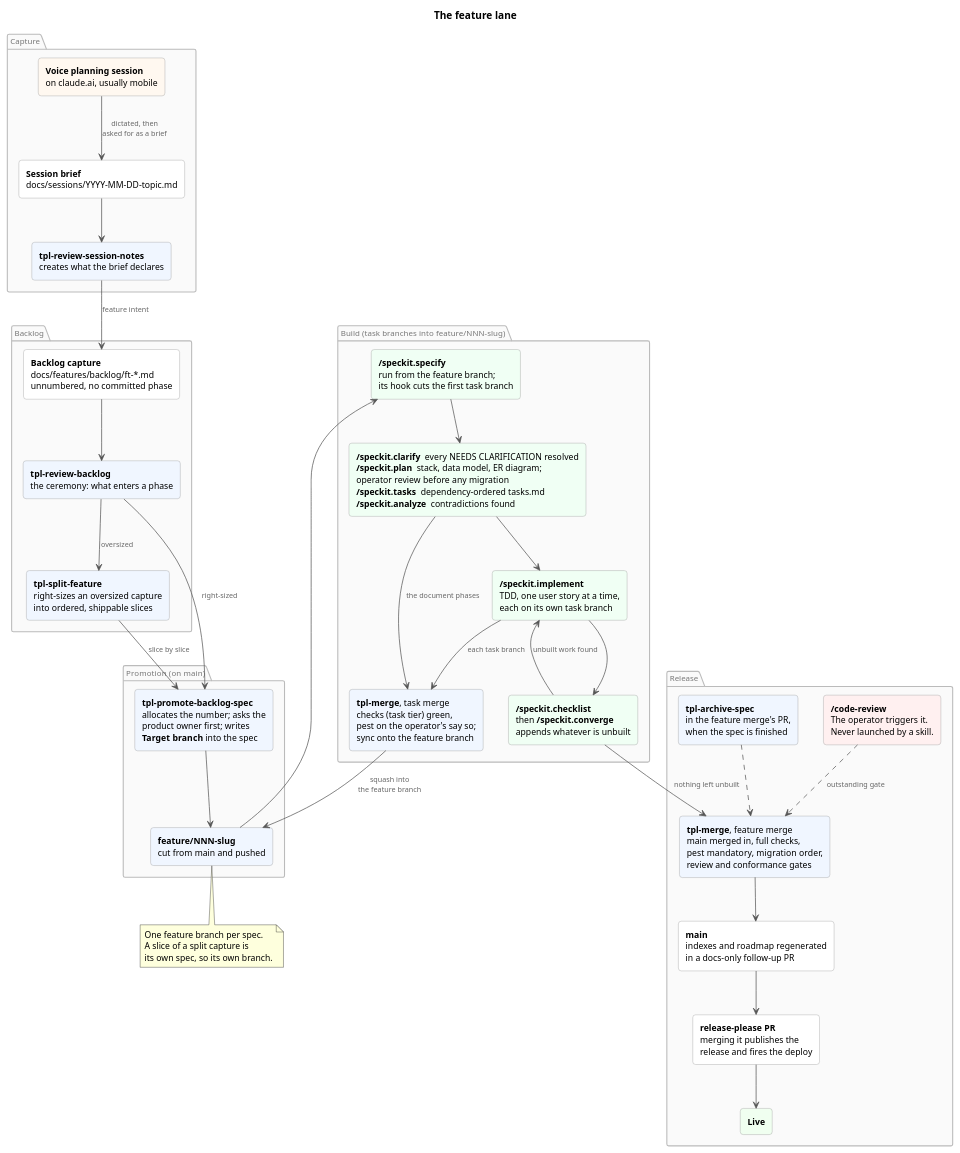
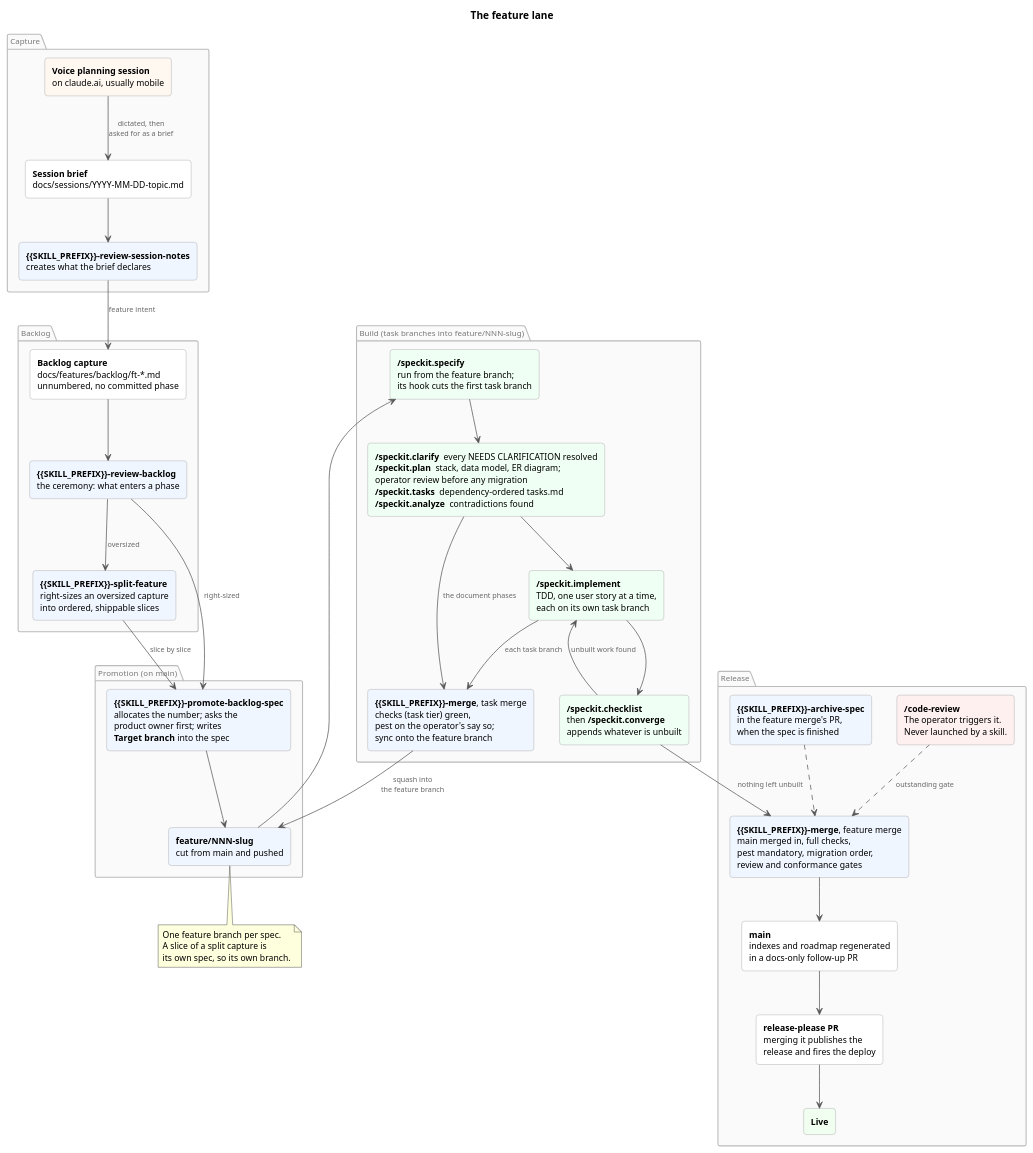
The diagram in docs/development/workflow-feature.puml (AnalysisByDesign/laravel_template), drawn with PlantUML before and after one commit. The commit also changed 97 other files, not shown here.

```diff
--- a/docs/development/workflow-feature.puml
+++ b/docs/development/workflow-feature.puml
@@ -1,101 +1,101 @@
 @startuml workflow-feature
 ' The feature lane: from a spoken idea to a spec live in production.
 '
 ' One of three lane diagrams (feature, work package, fix). The branches
 ' each step works on are in docs/development/branching-model.puml.
 ' The pre-commit hook renders the PNG for any staged .puml automatically;
 ' render the PDF with `plantuml -tpdf docs/development/workflow-feature.puml`.
 '
 ' Scope: the route work takes, not every skill. A skill that runs inside
-' another step (tpl-po-check inside promotion, tpl-session-name inside specify
-' and merge, tpl-prepare-docs-reference inside the merge) is named on the
+' another step ({{SKILL_PREFIX}}-po-check inside promotion, {{SKILL_PREFIX}}-session-name inside specify
+' and merge, {{SKILL_PREFIX}}-prepare-docs-reference inside the merge) is named on the
 ' step that calls it.
 
 title The feature lane
 
 skinparam backgroundColor #FFFFFF
 skinparam shadowing false
 skinparam defaultFontName Helvetica
 skinparam defaultFontSize 12
 skinparam ArrowColor #555555
 skinparam ArrowFontSize 10
 skinparam ArrowFontColor #666666
 
 skinparam rectangle {
   BorderColor #999999
   BackgroundColor #FFFFFF
   FontSize 12
   roundCorner 8
 }
 skinparam package {
   BorderColor #BBBBBB
   BackgroundColor #FAFAFA
   FontColor #777777
   FontSize 11
   FontStyle plain
 }
 
 package "Capture" {
   rectangle "**Voice planning session**\non claude.ai, usually mobile" as session #FFF8F0
   rectangle "**Session brief**\ndocs/sessions/YYYY-MM-DD-topic.md" as brief
-  rectangle "**tpl-review-session-notes**\ncreates what the brief declares" as notes #F0F6FF
+  rectangle "**{{SKILL_PREFIX}}-review-session-notes**\ncreates what the brief declares" as notes #F0F6FF
 }
 
 package "Backlog" {
   rectangle "**Backlog capture**\ndocs/features/backlog/ft-*.md\nunnumbered, no committed phase" as capture
-  rectangle "**tpl-review-backlog**\nthe ceremony: what enters a phase" as ceremony #F0F6FF
-  rectangle "**tpl-split-feature**\nright-sizes an oversized capture\ninto ordered, shippable slices" as split #F0F6FF
+  rectangle "**{{SKILL_PREFIX}}-review-backlog**\nthe ceremony: what enters a phase" as ceremony #F0F6FF
+  rectangle "**{{SKILL_PREFIX}}-split-feature**\nright-sizes an oversized capture\ninto ordered, shippable slices" as split #F0F6FF
 }
 
 package "Promotion  (on main)" {
-  rectangle "**tpl-promote-backlog-spec**\nallocates the number; asks the\nproduct owner first; writes\n**Target branch** into the spec" as promote #F0F6FF
+  rectangle "**{{SKILL_PREFIX}}-promote-backlog-spec**\nallocates the number; asks the\nproduct owner first; writes\n**Target branch** into the spec" as promote #F0F6FF
   rectangle "**feature/NNN-slug**\ncut from main and pushed" as featbranch #F0F6FF
 }
 
 package "Build  (task branches into feature/NNN-slug)" {
   rectangle "**/speckit.specify**\nrun from the feature branch;\nits hook cuts the first task branch" as specify #F0FFF4
   rectangle "**/speckit.clarify**  every NEEDS CLARIFICATION resolved\n**/speckit.plan**  stack, data model, ER diagram;\noperator review before any migration\n**/speckit.tasks**  dependency-ordered tasks.md\n**/speckit.analyze**  contradictions found" as middle #F0FFF4
   rectangle "**/speckit.implement**\nTDD, one user story at a time,\neach on its own task branch" as implement #F0FFF4
   rectangle "**/speckit.checklist**\nthen **/speckit.converge**\nappends whatever is unbuilt" as converge #F0FFF4
-  rectangle "**tpl-merge**, task merge\nchecks (task tier) green,\npest on the operator's say so;\nsync onto the feature branch" as taskmerge #F0F6FF
+  rectangle "**{{SKILL_PREFIX}}-merge**, task merge\nchecks (task tier) green,\npest on the operator's say so;\nsync onto the feature branch" as taskmerge #F0F6FF
 }
 
 package "Release" {
-  rectangle "**tpl-merge**, feature merge\nmain merged in, full checks,\npest mandatory, migration order,\nreview and conformance gates" as featmerge #F0F6FF
+  rectangle "**{{SKILL_PREFIX}}-merge**, feature merge\nmain merged in, full checks,\npest mandatory, migration order,\nreview and conformance gates" as featmerge #F0F6FF
   rectangle "**/code-review**\nThe operator triggers it.\nNever launched by a skill." as review #FFF0F0
   rectangle "**main**\nindexes and roadmap regenerated\nin a docs-only follow-up PR" as main
   rectangle "**release-please PR**\nmerging it publishes the\nrelease and fires the deploy" as release
   rectangle "**Live**" as live #F0FFF0
-  rectangle "**tpl-archive-spec**\nin the feature merge's PR,\nwhen the spec is finished" as archive #F0F6FF
+  rectangle "**{{SKILL_PREFIX}}-archive-spec**\nin the feature merge's PR,\nwhen the spec is finished" as archive #F0F6FF
 }
 
 session --> brief : dictated, then\nasked for as a brief
 brief --> notes
 notes --> capture : feature intent
 capture --> ceremony
 ceremony --> split : oversized
 ceremony --> promote : right-sized
 split --> promote : slice by slice
 promote --> featbranch
 featbranch --> specify
 specify --> middle
 middle --> implement
 implement --> converge
 converge --> implement : unbuilt work found
 implement --> taskmerge : each task branch
 middle --> taskmerge : the document phases
 taskmerge --> featbranch : squash into\nthe feature branch
 converge --> featmerge : nothing left unbuilt
 review ..> featmerge : outstanding gate
 archive ..> featmerge
 featmerge --> main
 main --> release
 release --> live
 
 note bottom of featbranch
   One feature branch per spec.
   A slice of a split capture is
   its own spec, so its own branch.
 end note
 
 @enduml
```
